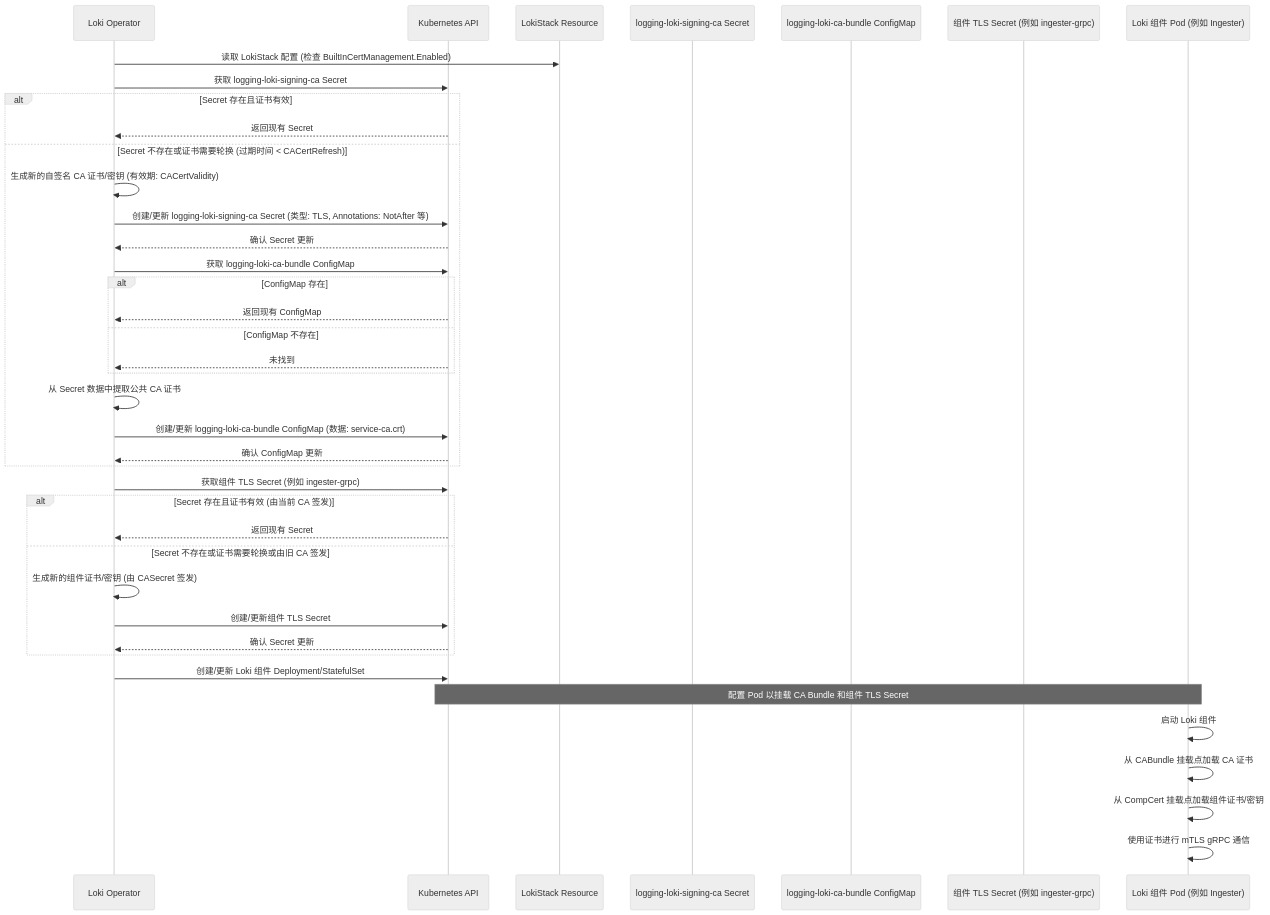
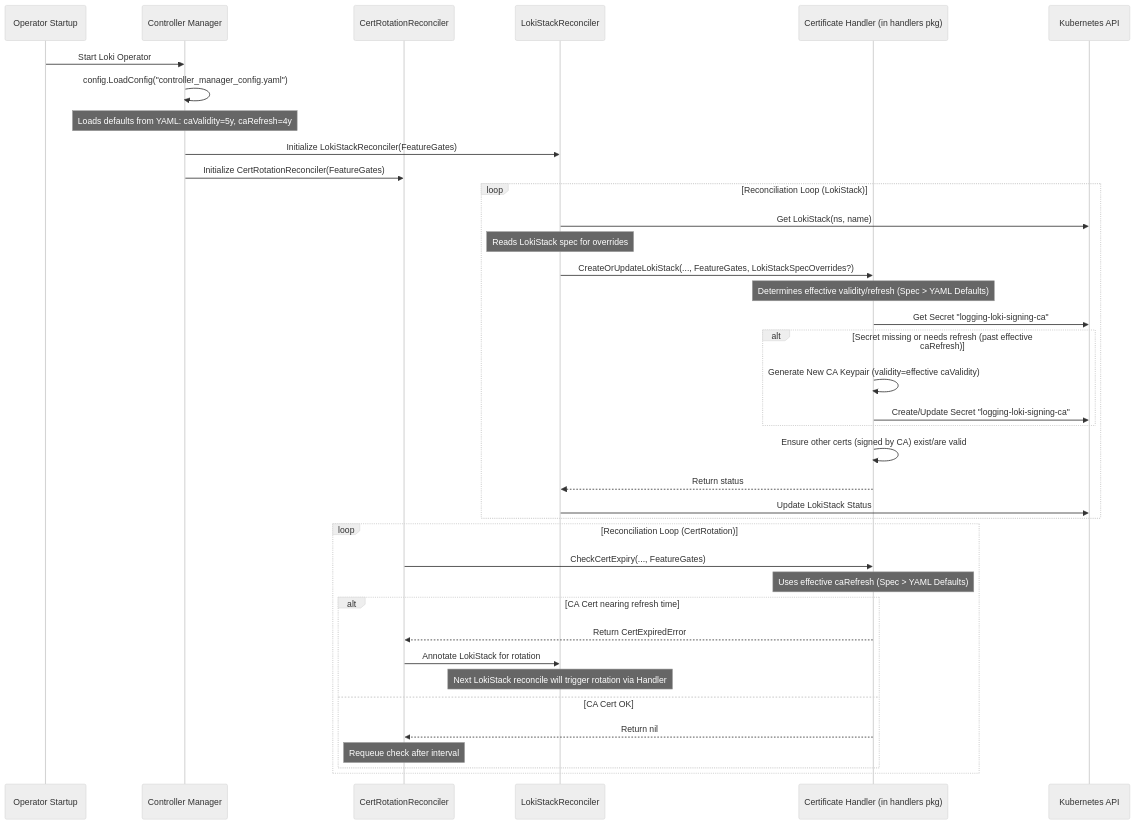
Before and after one commit to wangzheng422/loki: the diagram in wzh.doc/2025.04.25.02.loki_signing_ca_secret_analysis.md, drawn with Mermaid (neutral theme). The commit also changed other lines of this file and 1 other file, not shown here.

````diff
--- a/wzh.doc/2025.04.25.02.loki_signing_ca_secret_analysis.md
+++ b/wzh.doc/2025.04.25.02.loki_signing_ca_secret_analysis.md
@@ -79,46 +123,43 @@
 ```mermaid
 sequenceDiagram
-    participant O as Loki Operator
+    participant O as Operator Startup
+    participant CM as Controller Manager
+    participant CR as CertRotationReconciler
+    participant LR as LokiStackReconciler
+    participant H as Certificate Handler (in handlers pkg)
     participant K8S as Kubernetes API
-    participant LS as LokiStack Resource
-    participant CASecret as logging-loki-signing-ca Secret
-    participant CABundle as logging-loki-ca-bundle ConfigMap
-    participant CompCert as 组件 TLS Secret (例如 ingester-grpc)
-    participant CompPod as Loki 组件 Pod (例如 Ingester)
 
-    O->>LS: 读取 LokiStack 配置 (检查 BuiltInCertManagement.Enabled)
-    O->>K8S: 获取 logging-loki-signing-ca Secret
-    alt Secret 存在且证书有效
-        K8S-->>O: 返回现有 Secret
-    else Secret 不存在或证书需要轮换 (过期时间 < CACertRefresh)
-        O->>O: 生成新的自签名 CA 证书/密钥 (有效期: CACertValidity)
-        O->>K8S: 创建/更新 logging-loki-signing-ca Secret (类型: TLS, Annotations: NotAfter 等)
-        K8S-->>O: 确认 Secret 更新
-        O->>K8S: 获取 logging-loki-ca-bundle ConfigMap
-        alt ConfigMap 存在
-             K8S-->>O: 返回现有 ConfigMap
-        else ConfigMap 不存在
-             K8S-->>O: 未找到
+    O->>CM: Start Loki Operator
+    CM->>CM: config.LoadConfig("controller_manager_config.yaml")
+    Note over CM: Loads defaults from YAML: caValidity=5y, caRefresh=4y
+    CM->>LR: Initialize LokiStackReconciler(FeatureGates)
+    CM->>CR: Initialize CertRotationReconciler(FeatureGates)
+
+    loop Reconciliation Loop (LokiStack)
+        LR->>K8S: Get LokiStack(ns, name)
+        Note over LR: Reads LokiStack spec for overrides
+        LR->>H: CreateOrUpdateLokiStack(..., FeatureGates, LokiStackSpecOverrides?)
+        Note over H: Determines effective validity/refresh (Spec > YAML Defaults)
+        H->>K8S: Get Secret "logging-loki-signing-ca"
+        alt Secret missing or needs refresh (past effective caRefresh)
+            H->>H: Generate New CA Keypair (validity=effective caValidity)
+            H->>K8S: Create/Update Secret "logging-loki-signing-ca"
         end
-        O->>O: 从 Secret 数据中提取公共 CA 证书
-        O->>K8S: 创建/更新 logging-loki-ca-bundle ConfigMap (数据: service-ca.crt)
-        K8S-->>O: 确认 ConfigMap 更新
+        H->>H: Ensure other certs (signed by CA) exist/are valid
+        H-->>LR: Return status
+        LR->>K8S: Update LokiStack Status
     end
 
-    O->>K8S: 获取组件 TLS Secret (例如 ingester-grpc)
-    alt Secret 存在且证书有效 (由当前 CA 签发)
-        K8S-->>O: 返回现有 Secret
-    else Secret 不存在或证书需要轮换或由旧 CA 签发
-        O->>O: 生成新的组件证书/密钥 (由 CASecret 签发)
-        O->>K8S: 创建/更新组件 TLS Secret
-        K8S-->>O: 确认 Secret 更新
+    loop Reconciliation Loop (CertRotation)
+        CR->>H: CheckCertExpiry(..., FeatureGates)
+        Note over H: Uses effective caRefresh (Spec > YAML Defaults)
+        alt CA Cert nearing refresh time
+            H-->>CR: Return CertExpiredError
+            CR->>LR: Annotate LokiStack for rotation
+            Note over LR: Next LokiStack reconcile will trigger rotation via Handler
+        else CA Cert OK
+            H-->>CR: Return nil
+            Note over CR: Requeue check after interval
+        end
     end
-
-    O->>K8S: 创建/更新 Loki 组件 Deployment/StatefulSet
-    Note over K8S, CompPod: 配置 Pod 以挂载 CA Bundle 和组件 TLS Secret
-
-    CompPod->>CompPod: 启动 Loki 组件
-    CompPod->>CompPod: 从 CABundle 挂载点加载 CA 证书
-    CompPod->>CompPod: 从 CompCert 挂载点加载组件证书/密钥
-    CompPod->>CompPod: 使用证书进行 mTLS gRPC 通信
 ```
````
